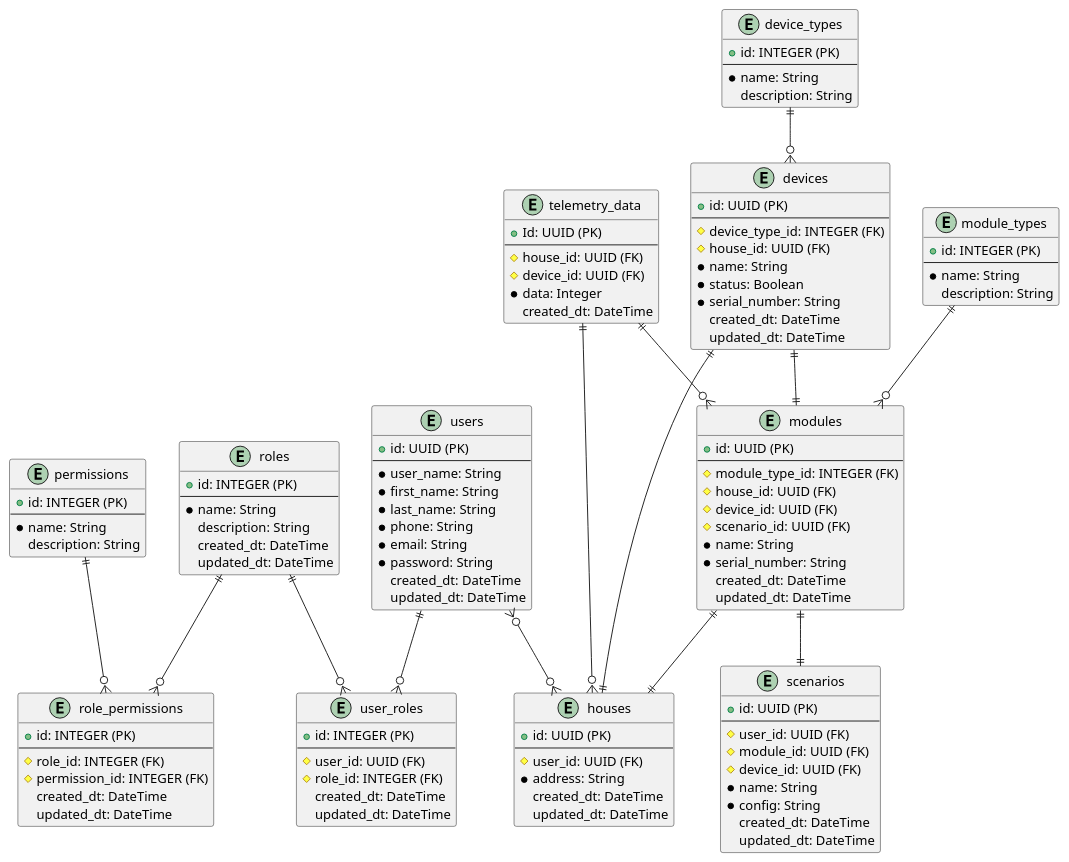
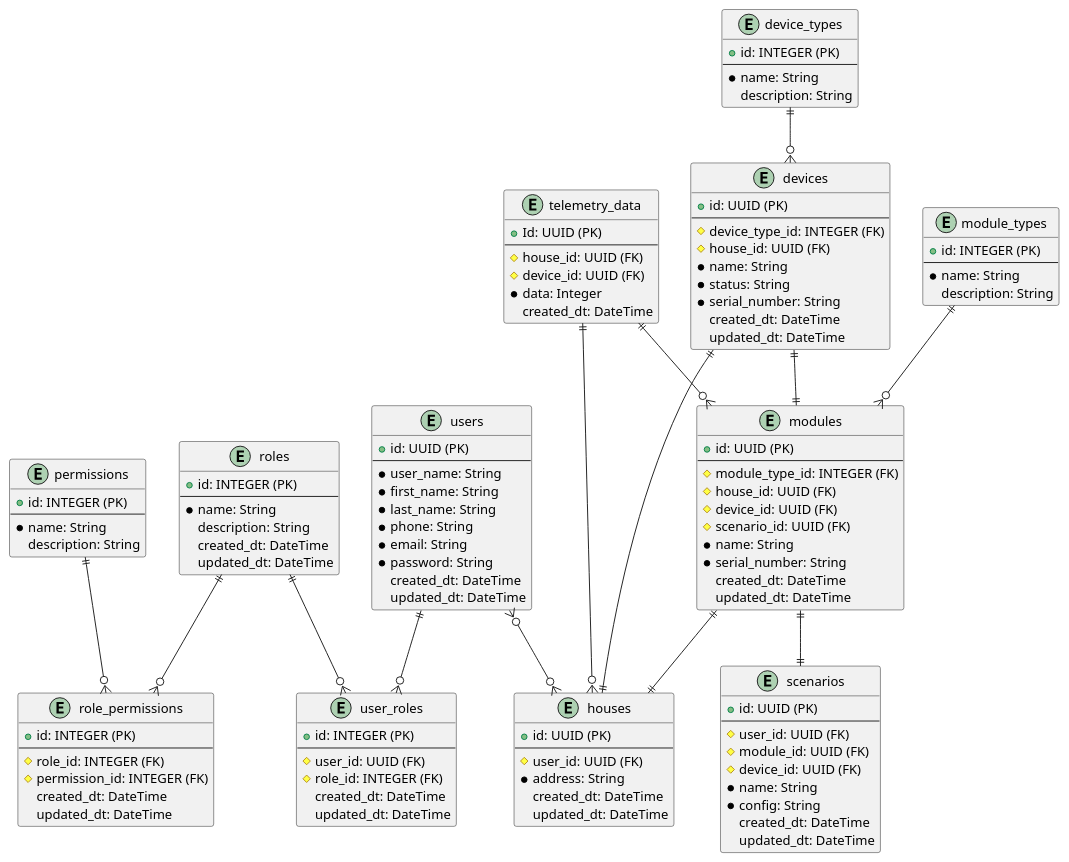
Before and after one commit to wiky-avis/architecture-sprint-3: the diagram in docs/diagrams/to_be/SmartHome_ER.puml, drawn with PlantUML.

Commit message:
правки после ревью

```diff
--- a/docs/diagrams/to_be/SmartHome_ER.puml
+++ b/docs/diagrams/to_be/SmartHome_ER.puml
@@ -1,132 +1,132 @@
 @startuml
 entity users {
   + id: UUID (PK)
   --
   * user_name: String
   * first_name: String
   * last_name: String
   * phone: String
   * email: String
   * password: String
   created_dt: DateTime
   updated_dt: DateTime
 }
 
 entity roles {
   + id: INTEGER (PK)
   --
   * name: String
   description: String
   created_dt: DateTime
   updated_dt: DateTime
 }
 
 entity user_roles {
   + id: INTEGER (PK)
   --
   # user_id: UUID (FK)
   # role_id: INTEGER (FK)
   created_dt: DateTime
   updated_dt: DateTime
 }
 
 entity permissions {
   + id: INTEGER (PK)
   --
   * name: String
   description: String
 }
 
 entity role_permissions {
   + id: INTEGER (PK)
   --
   # role_id: INTEGER (FK)
   # permission_id: INTEGER (FK)
   created_dt: DateTime
   updated_dt: DateTime
 }
 
 entity houses {
   + id: UUID (PK)
   --
   # user_id: UUID (FK)
   * address: String
   created_dt: DateTime
   updated_dt: DateTime
 }
 
 entity modules {
   + id: UUID (PK)
   --
   # module_type_id: INTEGER (FK)
   # house_id: UUID (FK)
   # device_id: UUID (FK)
   # scenario_id: UUID (FK)
   * name: String
   * serial_number: String
   created_dt: DateTime
   updated_dt: DateTime
 }
 
 entity module_types {
   + id: INTEGER (PK)
   --
   * name: String
   description: String
 }
 
 entity devices {
   + id: UUID (PK)
   --
   # device_type_id: INTEGER (FK)
   # house_id: UUID (FK)
   * name: String
-  * status: Boolean
+  * status: String
   * serial_number: String
   created_dt: DateTime
   updated_dt: DateTime
 }
 
 entity device_types {
   + id: INTEGER (PK)
   --
   * name: String
   description: String
 }
 
 entity telemetry_data {
   + Id: UUID (PK)
   --
   # house_id: UUID (FK)
   # device_id: UUID (FK)
   * data: Integer
   created_dt: DateTime
 }
 
 entity scenarios {
   + id: UUID (PK)
   --
   # user_id: UUID (FK)
   # module_id: UUID (FK)
   # device_id: UUID (FK)
   * name: String
   * config: String
   created_dt: DateTime
   updated_dt: DateTime
 }
 
 users ||--o{ user_roles
 roles ||--o{ user_roles
 roles ||--o{ role_permissions
 permissions ||--o{ role_permissions
 users }o--o{ houses
 module_types ||--o{ modules
 modules ||--|| houses
 device_types ||--o{ devices
 devices ||--|| modules
 devices ||--|| houses
 telemetry_data ||--o{ modules
 telemetry_data ||--o{ houses
 modules ||--|| scenarios
 
 @enduml
```
